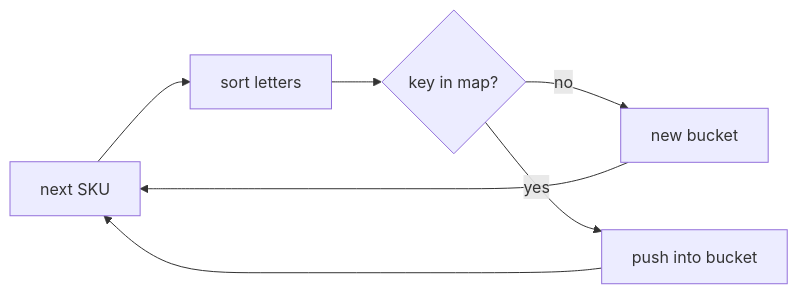
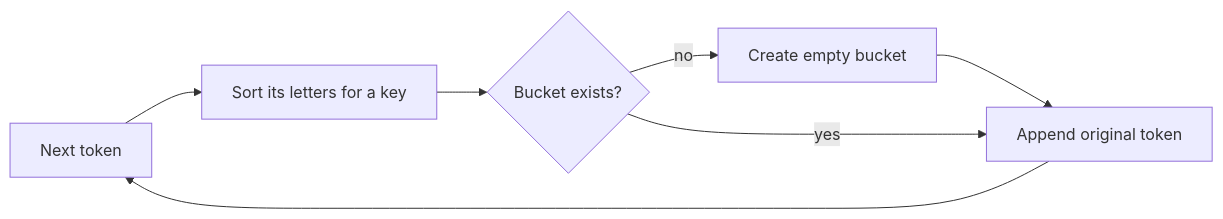
Before and after one commit to jdodsoncollins/study-material: the diagram in lessons/algorithms/problems/group-anagrams/viz/bucket.md, drawn with Mermaid. The commit also changed 175 other files, not shown here.

````diff
--- a/lessons/algorithms/problems/group-anagrams/viz/bucket.md
+++ b/lessons/algorithms/problems/group-anagrams/viz/bucket.md
@@ -3,9 +3,9 @@
 ```mermaid
 flowchart LR
-  tag[next SKU] --> key[sort letters]
-  key --> hit{key in map?}
-  hit -->|no| fresh[new bucket]
-  hit -->|yes| push[push into bucket]
-  fresh --> tag
+  tag[Next token] --> key[Sort its letters for a key]
+  key --> hit{Bucket exists?}
+  hit -->|no| fresh[Create empty bucket]
+  fresh --> push[Append original token]
+  hit -->|yes| push
   push --> tag
 ```
````
